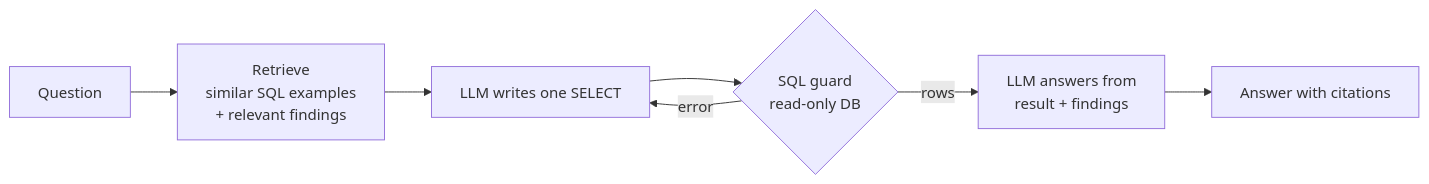
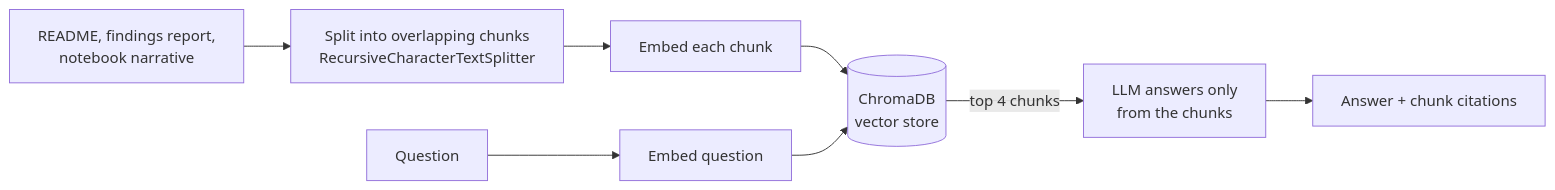
The diagram in README.md (babitaoli33/BankSight), drawn with Mermaid before and after one commit. The commit also changed other lines of this file and 13 other files, not shown here.

Commit message:
Add LangChain + ChromaDB document RAG, tool-calling SQL agent, KMeans tiers and FastAPI

````diff
--- a/README.md
+++ b/README.md
@@ -30,9 +35,9 @@
 ```mermaid
 flowchart LR
-    Q[Question] --> R[Retrieve<br/>similar SQL examples<br/>+ relevant findings]
-    R --> G[LLM writes one SELECT]
-    G --> S{SQL guard<br/>read-only DB}
-    S -- error --> G
-    S -- rows --> A[LLM answers from<br/>result + findings]
-    A --> O[Answer with citations]
+    D[README, findings report,<br/>notebook narrative] --> C[Split into overlapping chunks<br/>RecursiveCharacterTextSplitter]
+    C --> E[Embed each chunk]
+    E --> V[(ChromaDB<br/>vector store)]
+    Q[Question] --> QE[Embed question] --> V
+    V -->|top 4 chunks| L[LLM answers only<br/>from the chunks]
+    L --> A[Answer + chunk citations]
 ```
````
